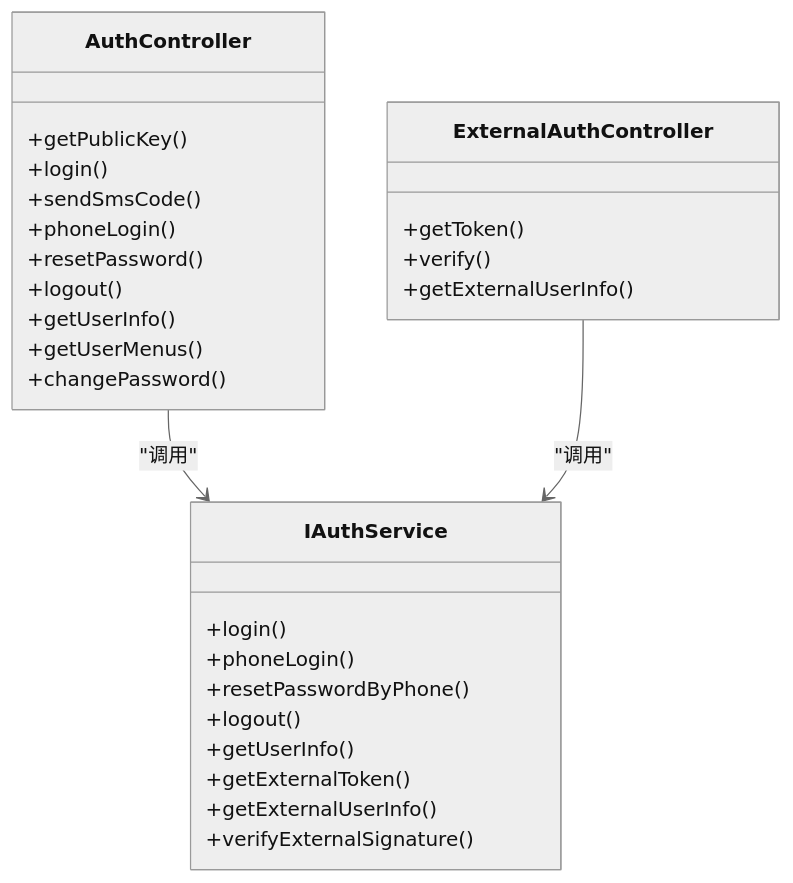
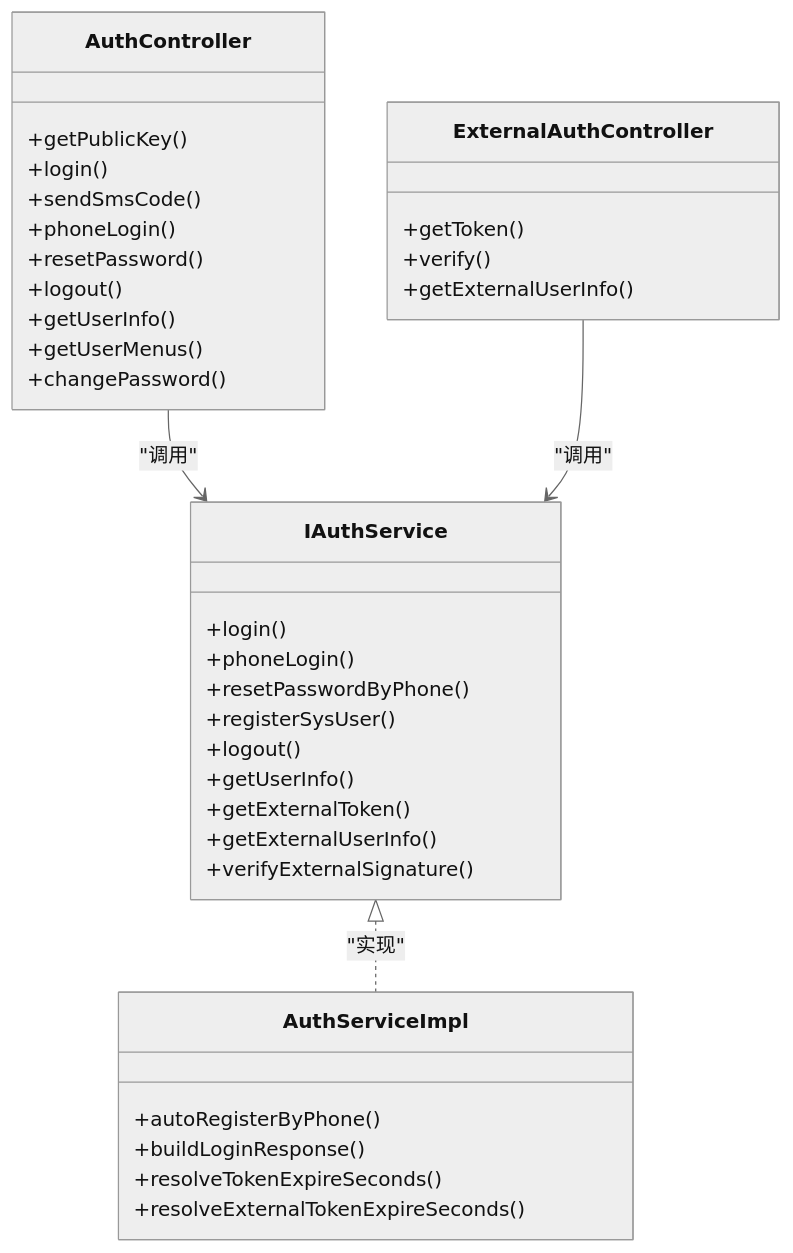
Before and after one commit to DrunkFood/First: the fifth of 6 diagrams in .qoder/repowiki/zh/content/API接口文档/认证授权API.md, drawn with Mermaid (neutral theme). The commit also changed other lines of this file and 93 other files, not shown here.

````diff
--- a/.qoder/repowiki/zh/content/API接口文档/认证授权API.md
+++ b/.qoder/repowiki/zh/content/API接口文档/认证授权API.md
@@ -208,31 +242,39 @@
 ```mermaid
 classDiagram
 class AuthController {
 +getPublicKey()
 +login()
 +sendSmsCode()
 +phoneLogin()
 +resetPassword()
 +logout()
 +getUserInfo()
 +getUserMenus()
 +changePassword()
 }
 class ExternalAuthController {
 +getToken()
 +verify()
 +getExternalUserInfo()
 }
 class IAuthService {
 +login()
 +phoneLogin()
 +resetPasswordByPhone()
++registerSysUser()
 +logout()
 +getUserInfo()
 +getExternalToken()
 +getExternalUserInfo()
 +verifyExternalSignature()
 }
+class AuthServiceImpl {
++autoRegisterByPhone()
++buildLoginResponse()
++resolveTokenExpireSeconds()
++resolveExternalTokenExpireSeconds()
+}
 AuthController --> IAuthService : "调用"
 ExternalAuthController --> IAuthService : "调用"
+IAuthService <|.. AuthServiceImpl : "实现"
 ```
````
